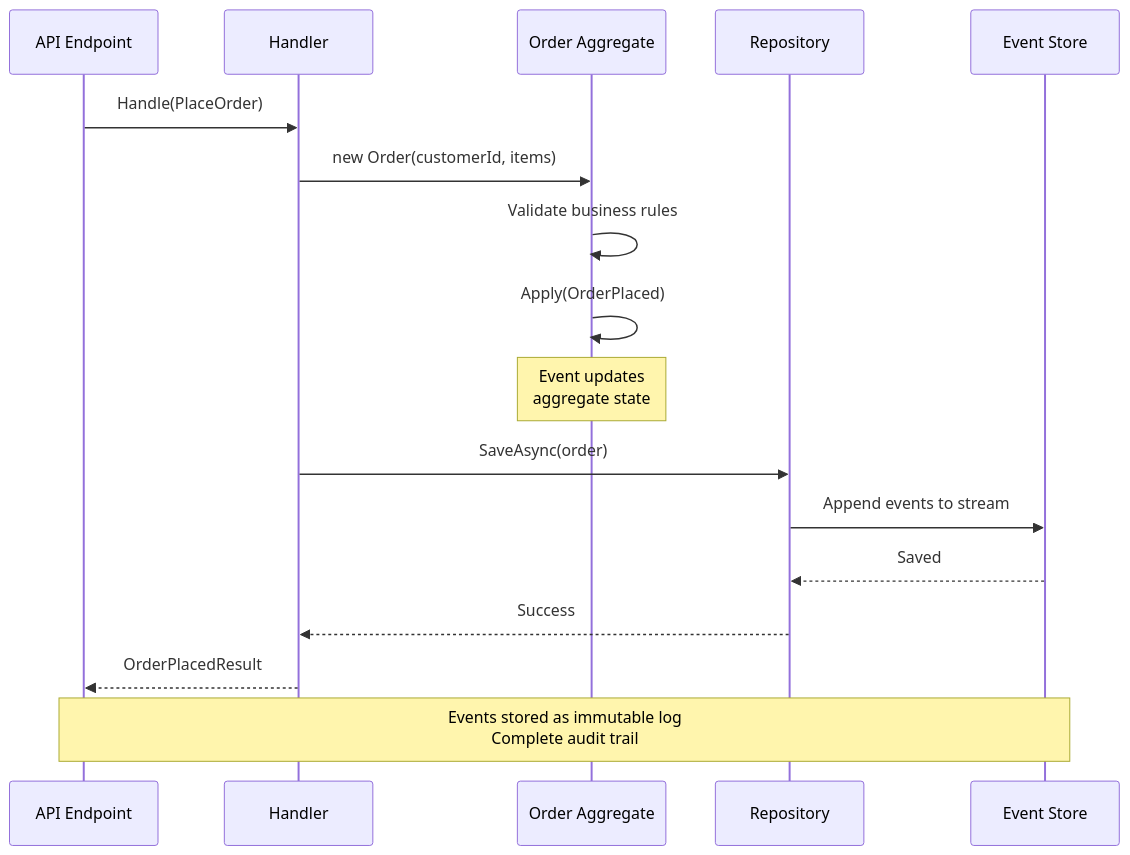
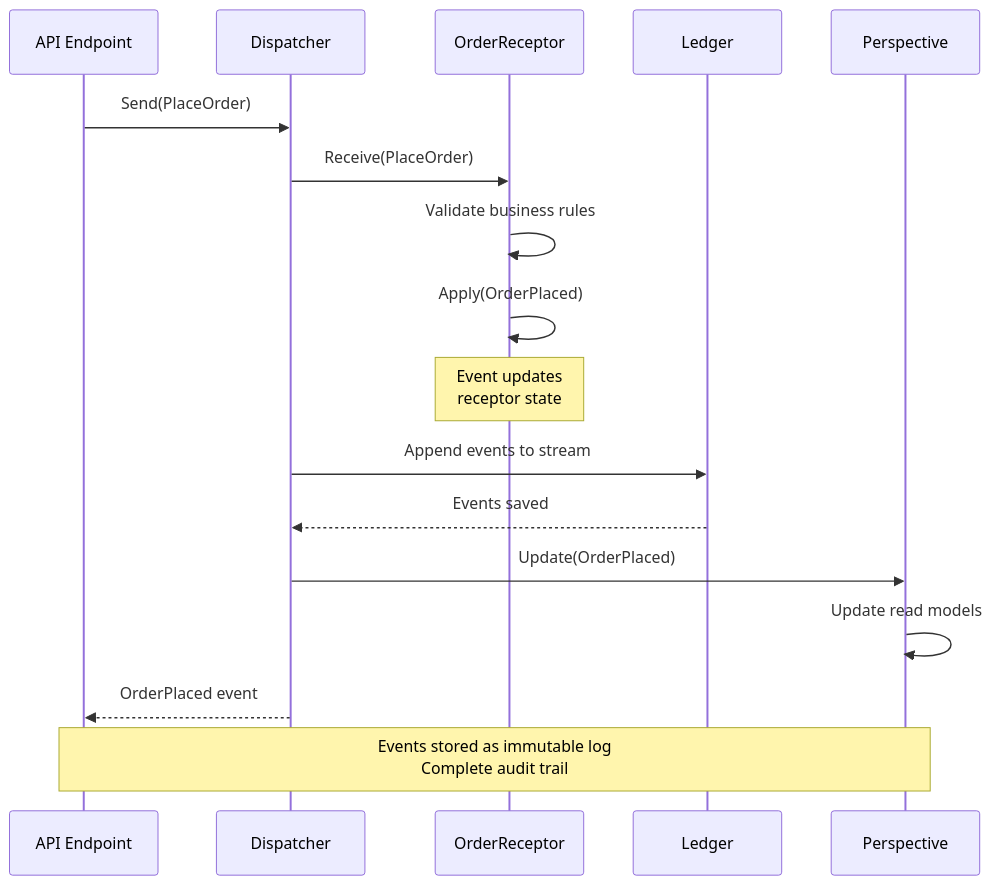
Before and after one commit to whizbang-lib/whizbang-lib.github.io: the third of 4 diagrams in src/assets/docs/getting-started/getting-started.md, drawn with Mermaid. The commit also changed other lines of this file and 13 other files, not shown here.

````diff
--- a/src/assets/docs/getting-started/getting-started.md
+++ b/src/assets/docs/getting-started/getting-started.md
@@ -219,21 +268,21 @@
 ```mermaid
 sequenceDiagram
     participant API as API Endpoint
-    participant H as Handler
-    participant A as Order Aggregate
-    participant R as Repository
-    participant ES as Event Store
+    participant D as Dispatcher
+    participant R as OrderReceptor
+    participant L as Ledger
+    participant P as Perspective
 
-    API->>H: Handle(PlaceOrder)
-    H->>A: new Order(customerId, items)
-    A->>A: Validate business rules
-    A->>A: Apply(OrderPlaced)
-    Note over A: Event updates<br/>aggregate state
-    H->>R: SaveAsync(order)
-    R->>ES: Append events to stream
-    ES-->>R: Saved
-    R-->>H: Success
-    H-->>API: OrderPlacedResult
+    API->>D: Send(PlaceOrder)
+    D->>R: Receive(PlaceOrder)
+    R->>R: Validate business rules
+    R->>R: Apply(OrderPlaced)
+    Note over R: Event updates<br/>receptor state
+    D->>L: Append events to stream
+    L-->>D: Events saved
+    D->>P: Update(OrderPlaced)
+    P->>P: Update read models
+    D-->>API: OrderPlaced event
 
-    Note over API,ES: Events stored as immutable log<br/>Complete audit trail
+    Note over API,P: Events stored as immutable log<br/>Complete audit trail
 ```
````
